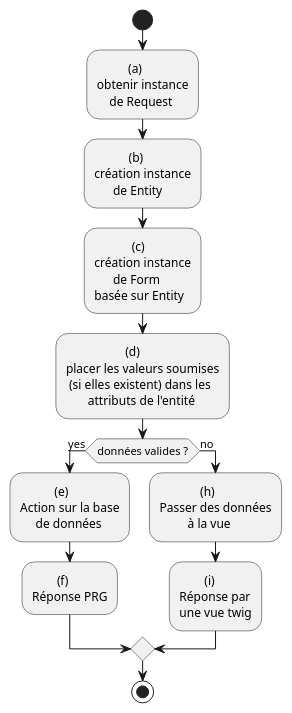
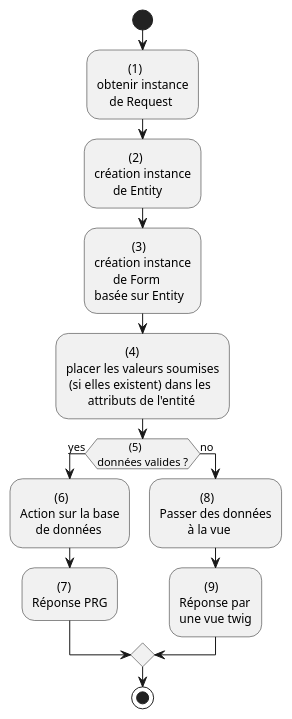
Before and after one commit to ldv-melun/symfony: the diagram in src/docs/asciidoc/_symfony-chap06-formulaire.adoc, drawn with PlantUML. The commit also changed other lines of this file and 10 other files, not shown here.

```diff
--- a/src/docs/asciidoc/_symfony-chap06-formulaire.adoc
+++ b/src/docs/asciidoc/_symfony-chap06-formulaire.adoc
@@ -59,17 +59,17 @@
 [plantuml, algo-form, png]
 ----
 start
-:          (a)\nobtenir instance\n    de Request;
-:           (b)\ncréation instance\n      de Entity;
-:            (c)\ncréation instance\n      de Form\nbasée sur Entity;
-:                   (d)\nplacer les valeurs soumises\n (si elles existent) dans les\n       attributs de l'entité;
-if (données valides ?) then (yes)
-  :           (e)\nAction sur la base\n     de données;
-  :        (f)\nRéponse PRG;
+:          (1)\nobtenir instance\n    de Request;
+:           (2)\ncréation instance\n      de Entity;
+:            (3)\ncréation instance\n      de Form\nbasée sur Entity;
+:                   (4)\nplacer les valeurs soumises\n (si elles existent) dans les\n       attributs de l'entité;
+if (           (5)\ndonnées valides ?) then (yes)
+  :           (6)\nAction sur la base\n     de données;
+  :        (7)\nRéponse PRG;
 else (no)
-  :             (h)\nPasser des données\n         à la vue;
-  :        (i)\nRéponse par\nune vue twig;
+  :             (8)\nPasser des données\n         à la vue;
+  :        (9)\nRéponse par\nune vue twig;
 endif
 
 stop
 ----
```
